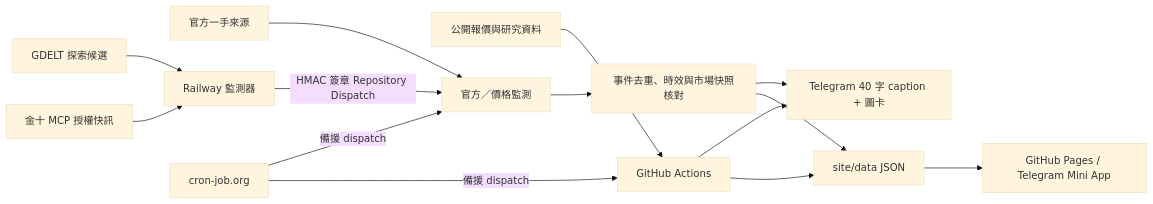
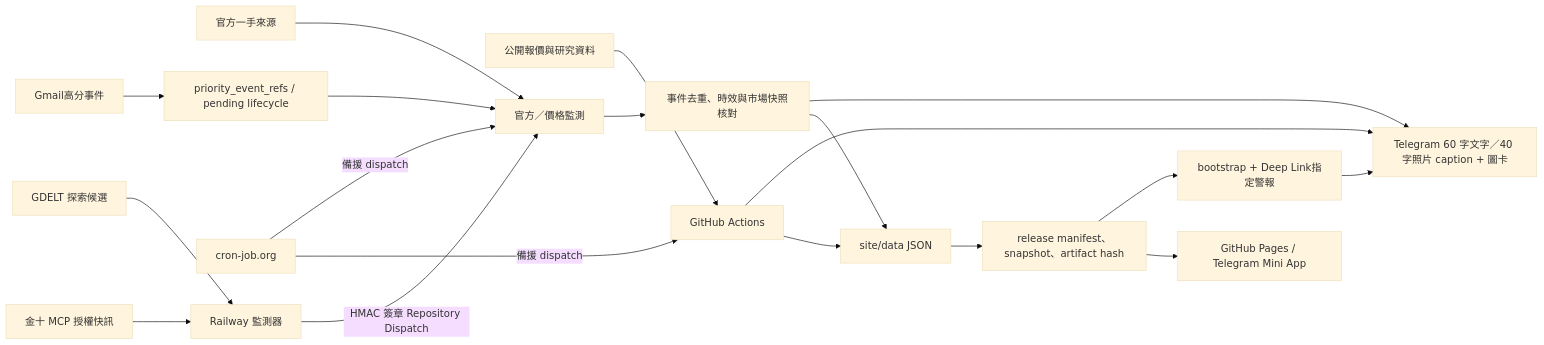
Before and after one commit to hanjhou2000716/prstklab-stk-detector: the diagram in README.md, drawn with Mermaid (base theme). The commit also changed other lines of this file and 3 other files, not shown here.

````diff
--- a/README.md
+++ b/README.md
@@ -126,16 +131,21 @@
 ```mermaid
 flowchart LR
   A[公開報價與研究資料] --> B[GitHub Actions]
   C[官方一手來源] --> D[官方／價格監測]
   E[金十 MCP 授權快訊] --> F[Railway 監測器]
   G[GDELT 探索候選] --> F
   F -->|HMAC 簽章 Repository Dispatch| D
   D --> H[事件去重、時效與市場快照核對]
   B --> I[site/data JSON]
   H --> I
-  I --> J[GitHub Pages / Telegram Mini App]
-  H --> K[Telegram 40 字 caption + 圖卡]
+  I --> R[release manifest、snapshot、artifact hash]
+  R --> J[GitHub Pages / Telegram Mini App]
+  R --> S[bootstrap + Deep Link指定警報]
+  H --> K[Telegram 60 字文字／40 字照片 caption + 圖卡]
   B --> K
   L[cron-job.org] -->|備援 dispatch| B
   L -->|備援 dispatch| D
+  M[Gmail高分事件] --> N[priority_event_refs / pending lifecycle]
+  N --> D
+  S --> K
 ```
````
